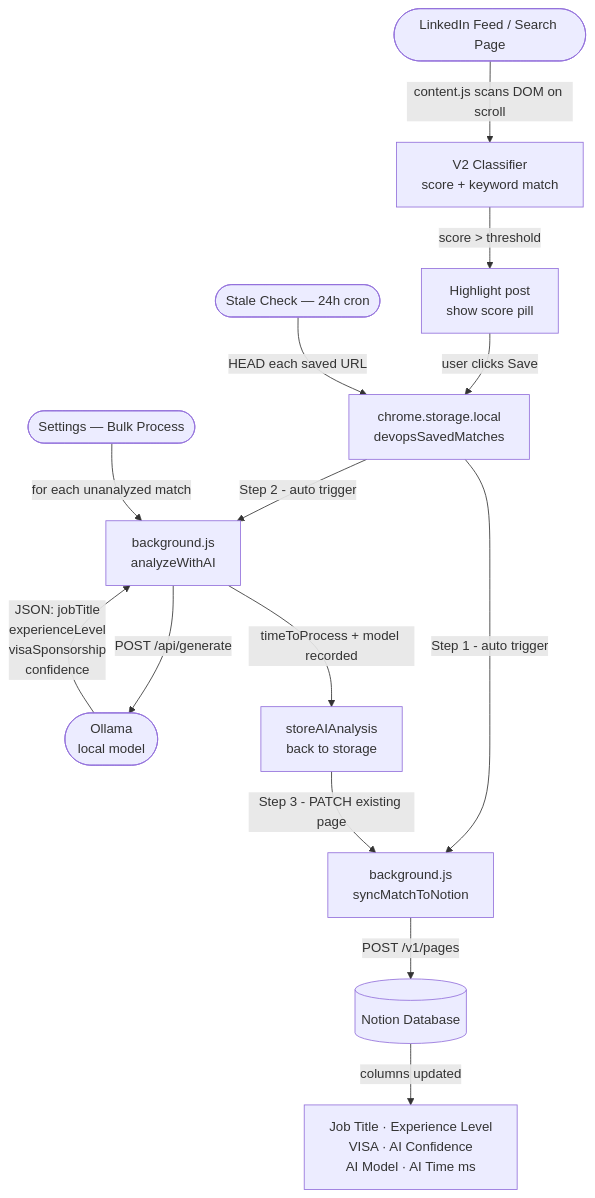
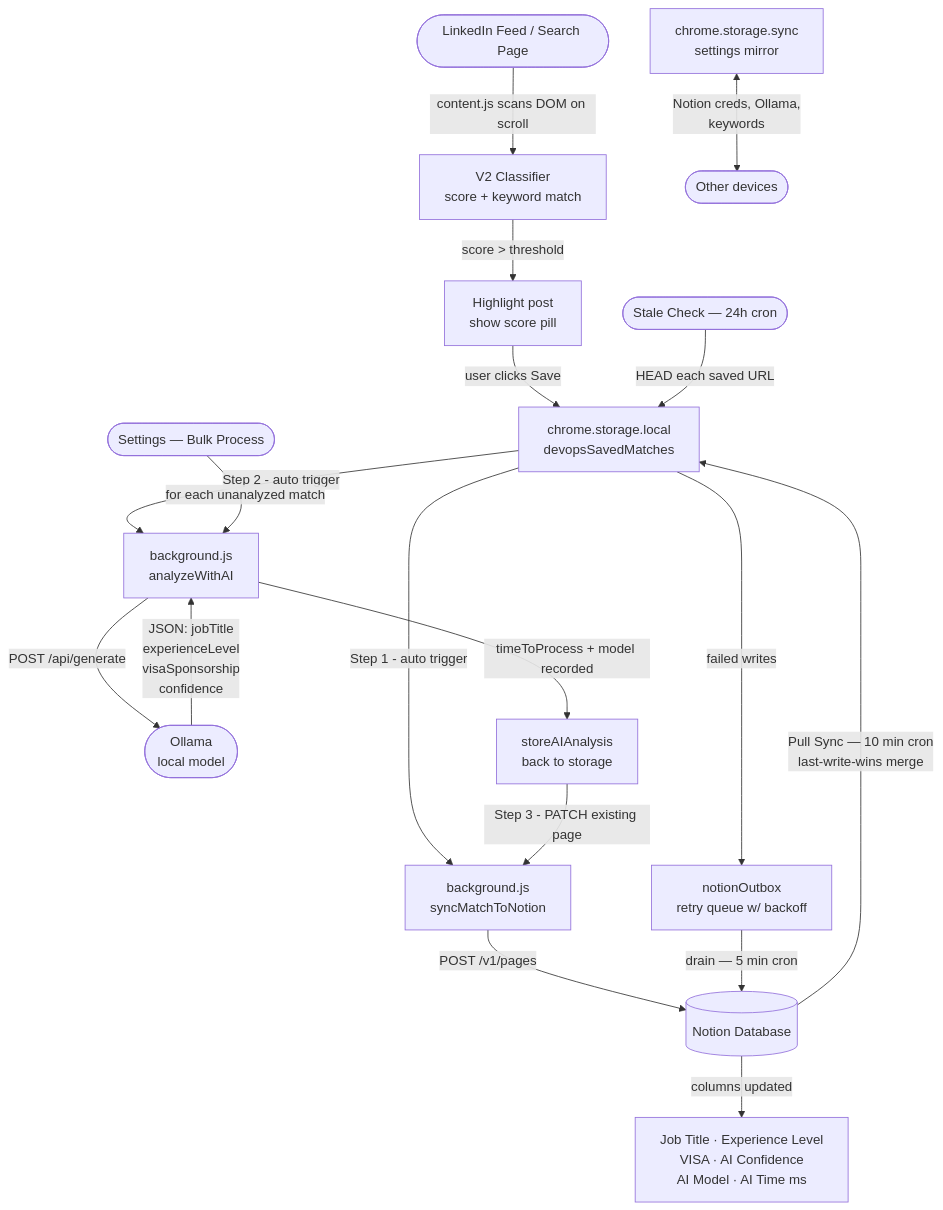
Before and after one commit to nishithdev/devops-job-tracker: the diagram in README.md, drawn with Mermaid. The commit also changed other lines of this file and 6 other files, not shown here.

First line of the commit message:
Add multi-device Notion sync and outbox

````diff
--- a/README.md
+++ b/README.md
@@ -9,20 +9,25 @@
 ```mermaid
 flowchart TD
     A([LinkedIn Feed / Search Page]) -->|content.js scans DOM on scroll| B[V2 Classifier\nscore + keyword match]
     B -->|score > threshold| C[Highlight post\nshow score pill]
     C -->|user clicks Save| D[chrome.storage.local\ndevopsSavedMatches]
 
     D -->|Step 1 - auto trigger| E[background.js\nsyncMatchToNotion]
     E -->|POST /v1/pages| F[(Notion Database)]
 
     D -->|Step 2 - auto trigger| G[background.js\nanalyzeWithAI]
     G -->|POST /api/generate| H([Ollama\nlocal model])
     H -->|JSON: jobTitle\nexperienceLevel\nvisaSponsorship\nconfidence| G
     G -->|timeToProcess + model recorded| I[storeAIAnalysis\nback to storage]
     I -->|Step 3 - PATCH existing page| E
 
     F -->|columns updated| J[Job Title · Experience Level\nVISA · AI Confidence\nAI Model · AI Time ms]
 
     K([Settings — Bulk Process]) -->|for each unanalyzed match| G
     L([Stale Check — 24h cron]) -->|HEAD each saved URL| D
+
+    F -->|Pull Sync — 10 min cron\nlast-write-wins merge| D
+    D -->|failed writes| M[notionOutbox\nretry queue w/ backoff]
+    M -->|drain — 5 min cron| F
+    N[chrome.storage.sync\nsettings mirror] <-->|Notion creds, Ollama,\nkeywords| O([Other devices])
 ```
````
